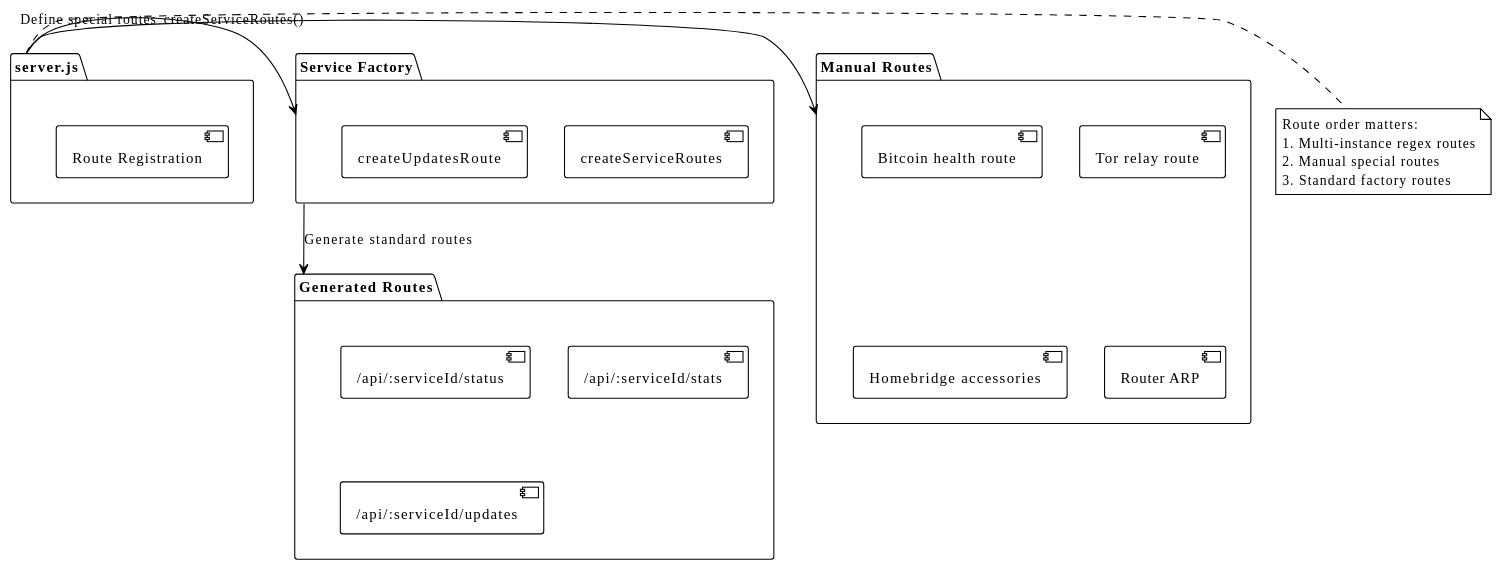
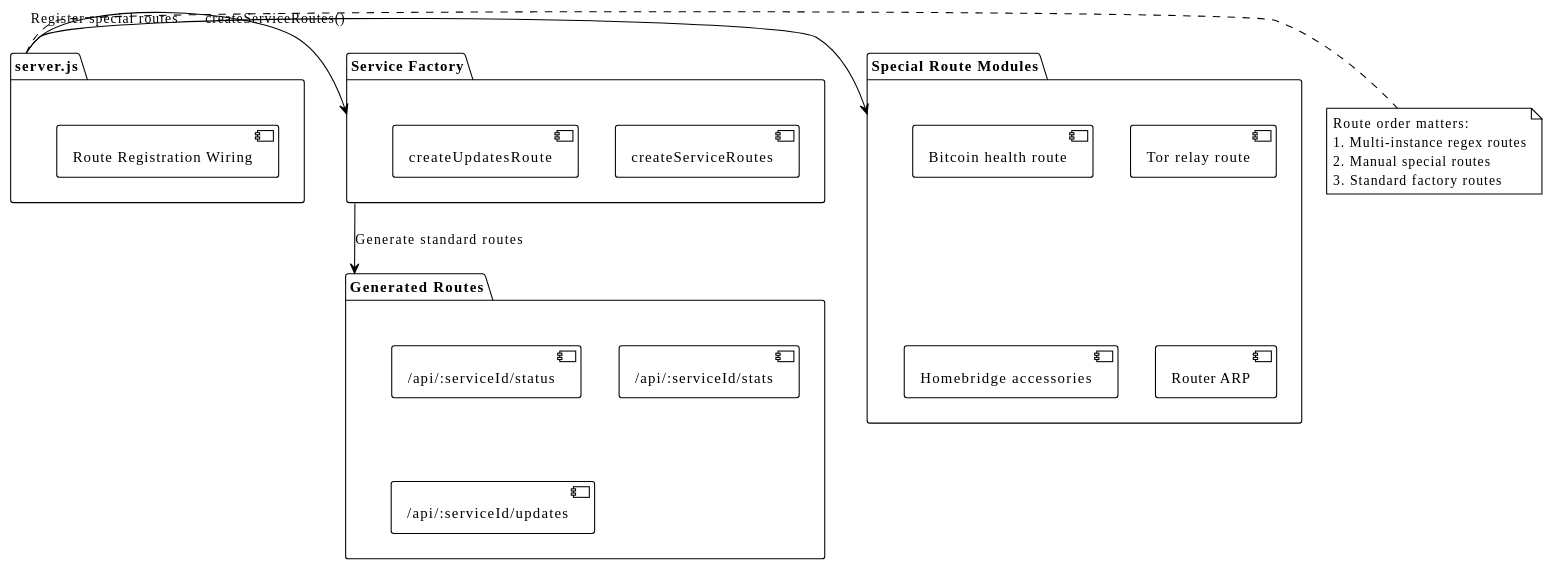
Before and after one commit to EraPartner/Watchman: the first of 4 diagrams in docs/adr/011-dynamic-route-generation.md, drawn with PlantUML. The commit also changed other lines of this file and 33 other files, not shown here.

````diff
--- a/docs/adr/011-dynamic-route-generation.md
+++ b/docs/adr/011-dynamic-route-generation.md
@@ -79,39 +100,39 @@
 ```plantuml
 @startuml
 !theme plain
 
 package "server.js" as Server {
-    [Route Registration]
+    [Route Registration Wiring]
 }
 
 package "Service Factory" as Factory {
     [createServiceRoutes]
     [createUpdatesRoute]
 }
 
 package "Generated Routes" as Routes {
     [/api/:serviceId/status]
     [/api/:serviceId/stats]
     [/api/:serviceId/updates]
 }
 
-package "Manual Routes" as Manual {
+package "Special Route Modules" as Manual {
     [Bitcoin health route]
     [Tor relay route]
     [Homebridge accessories]
     [Router ARP]
 }
 
 Server -> Factory : createServiceRoutes()
 Factory --> Routes : Generate standard routes
 
-Server -> Manual : Define special routes
+Server -> Manual : Register special routes
 
 note right of Server
   Route order matters:
   1. Multi-instance regex routes
   2. Manual special routes
   3. Standard factory routes
 end note
 @enduml
 ```
````
